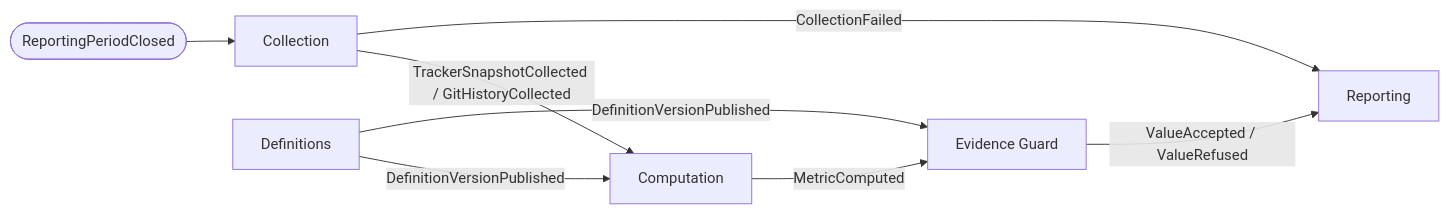
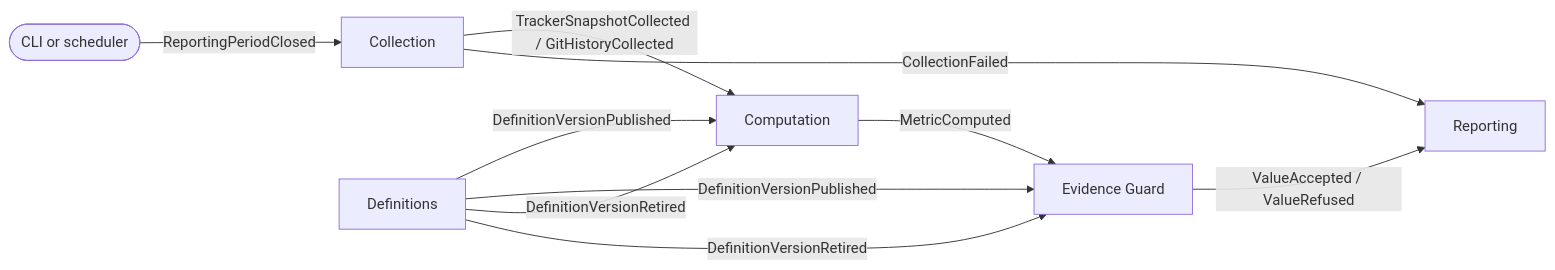
The diagram in docs/bc-map.md (AlexPanchenko/evidence-meter), drawn with Mermaid before and after one commit. The commit also changed other lines of this file and 4 other files, not shown here.

Commit message:
[m04-l08 m04-checklist] bc-map: 12th event DefinitionVersionRetired, Computation terms Input and FormulaId, trigger arrow labelled

````diff
--- a/docs/bc-map.md
+++ b/docs/bc-map.md
@@ -77,10 +78,12 @@
 ```mermaid
 flowchart LR
-    Trigger([ReportingPeriodClosed]) --> Collection
+    Trigger([CLI or scheduler]) -- ReportingPeriodClosed --> Collection
     Collection -- TrackerSnapshotCollected / GitHistoryCollected --> Computation
     Definitions -- DefinitionVersionPublished --> Computation
     Computation -- MetricComputed --> Guard[Evidence Guard]
     Definitions -- DefinitionVersionPublished --> Guard
+    Definitions -- DefinitionVersionRetired --> Computation
+    Definitions -- DefinitionVersionRetired --> Guard
     Guard -- ValueAccepted / ValueRefused --> Reporting
     Collection -- CollectionFailed --> Reporting
 ```
````
